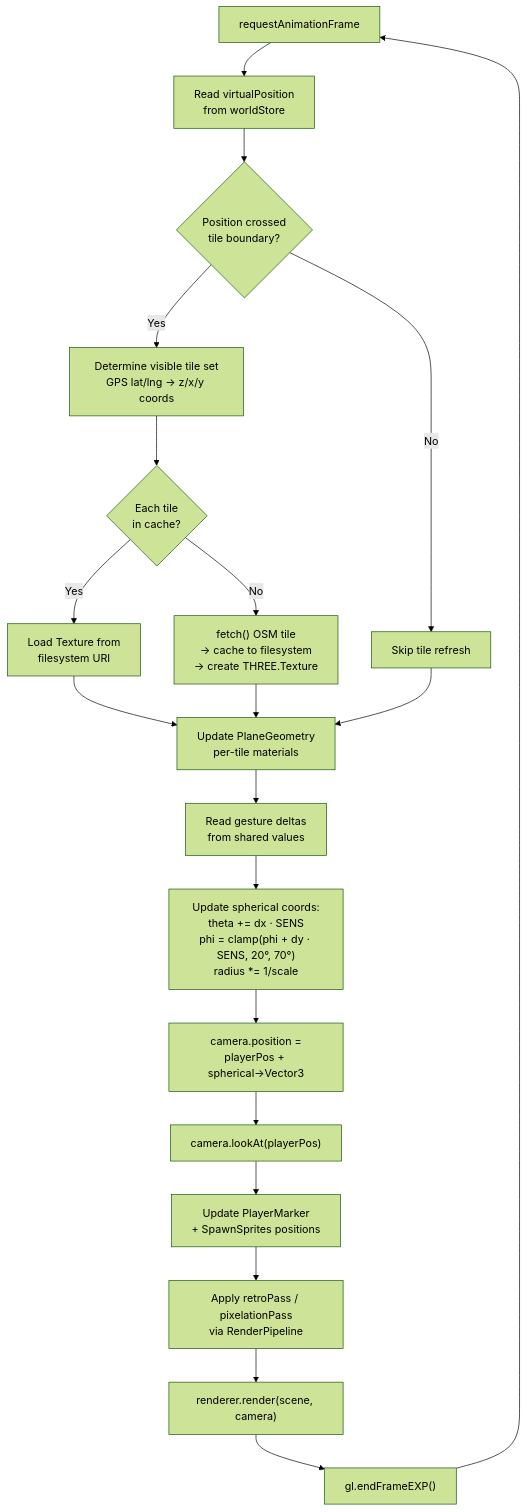
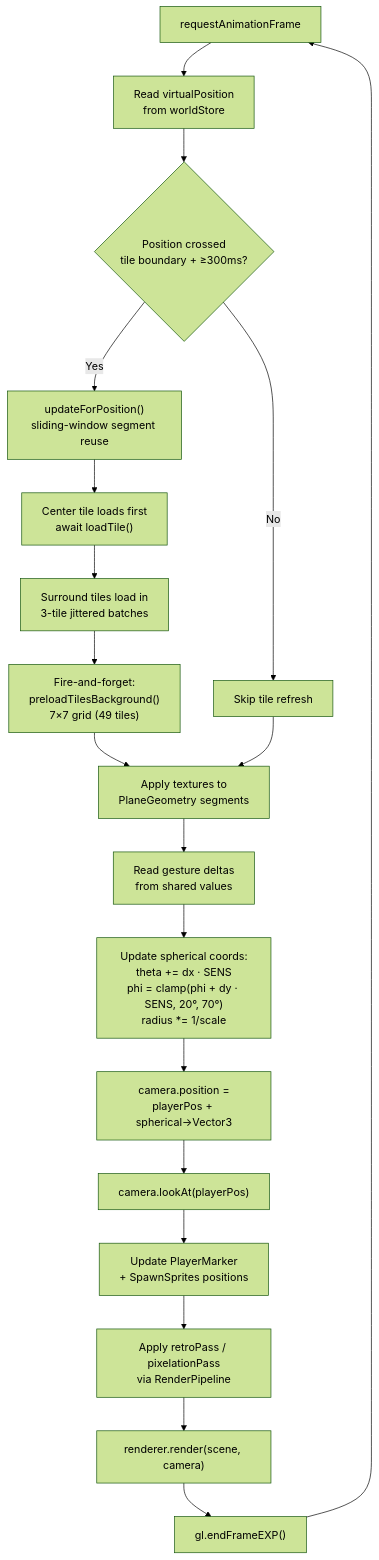
The second of 7 diagrams in documentation/Core/MapEngine.md (jiayi32/MyRPGGame), drawn with Mermaid (forest theme) before and after one commit. The commit also changed other lines of this file and 5 other files, not shown here.

````diff
--- a/documentation/Core/MapEngine.md
+++ b/documentation/Core/MapEngine.md
@@ -133,22 +155,21 @@
 ```mermaid
 flowchart TD
     A["requestAnimationFrame"] --> B["Read virtualPosition<br/>from worldStore"]
-    B --> C{"Position crossed<br/>tile boundary?"}
-    C -->|"Yes"| D["Determine visible tile set<br/>GPS lat/lng → z/x/y coords"]
+    B --> C{"Position crossed<br/>tile boundary + ≥300ms?"}
+    C -->|"Yes"| D["updateForPosition()<br/>sliding-window segment reuse"]
     C -->|"No"| E["Skip tile refresh"]
-    D --> F{"Each tile<br/>in cache?"}
-    F -->|"Yes"| G["Load Texture from<br/>filesystem URI"]
-    F -->|"No"| H["fetch() OSM tile<br/>→ cache to filesystem<br/>→ create THREE.Texture"]
-    G --> I["Update PlaneGeometry<br/>per-tile materials"]
-    H --> I
+    D --> F["Center tile loads first<br/>await loadTile()"]
+    F --> G["Surround tiles load in<br/>3-tile jittered batches"]
+    G --> H["Fire-and-forget:<br/>preloadTilesBackground()<br/>7×7 grid (49 tiles)"]
+    H --> I["Apply textures to<br/>PlaneGeometry segments"]
     E --> I
     I --> J["Read gesture deltas<br/>from shared values"]
     J --> K["Update spherical coords:<br/>theta += dx · SENS<br/>phi = clamp(phi + dy · SENS, 20°, 70°)<br/>radius *= 1/scale"]
     K --> L["camera.position =<br/>playerPos + spherical→Vector3"]
     L --> M["camera.lookAt(playerPos)"]
     M --> N["Update PlayerMarker<br/>+ SpawnSprites positions"]
     N --> O["Apply retroPass / pixelationPass<br/>via RenderPipeline"]
     O --> P["renderer.render(scene, camera)"]
     P --> Q["gl.endFrameEXP()"]
     Q --> A
 ```
````
